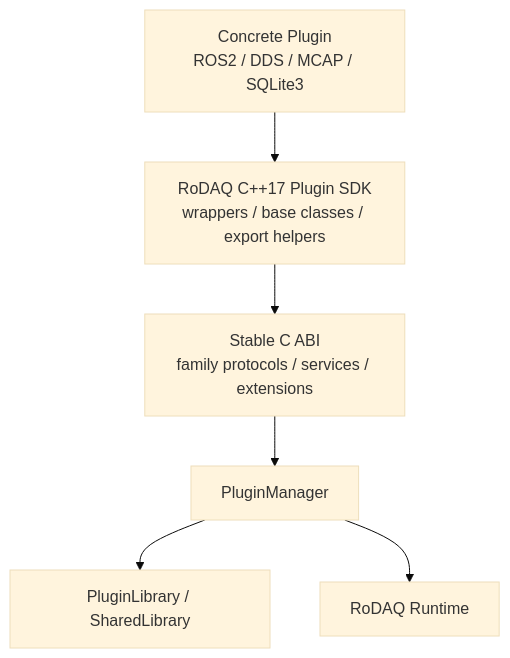
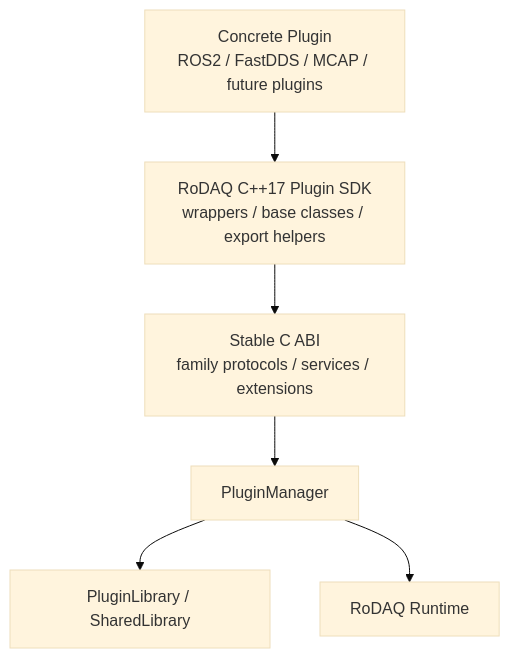
One commit to SiYueY/rodaq changed the ninth of 13 diagrams in docs/design/rodaq_v1_system_design.md. Above: the diagram before and after it, drawn with Mermaid (base theme). The commit also changed other lines of this file and 17 other files, not shown here.

````diff
--- a/docs/design/rodaq_v1_system_design.md
+++ b/docs/design/rodaq_v1_system_design.md
@@ -3042,13 +3121,13 @@
 ```mermaid
 flowchart TD
-    A["Concrete Plugin<br/>ROS2 / DDS / MCAP / SQLite3"]
+    A["Concrete Plugin<br/>ROS2 / FastDDS / MCAP / future plugins"]
     B["RoDAQ C++17 Plugin SDK<br/>wrappers / base classes / export helpers"]
     C["Stable C ABI<br/>family protocols / services / extensions"]
     D["PluginManager"]
     E["PluginLibrary / SharedLibrary"]
     F["RoDAQ Runtime"]
 
     A --> B --> C --> D
     D --> E
     D --> F
 ```
````
